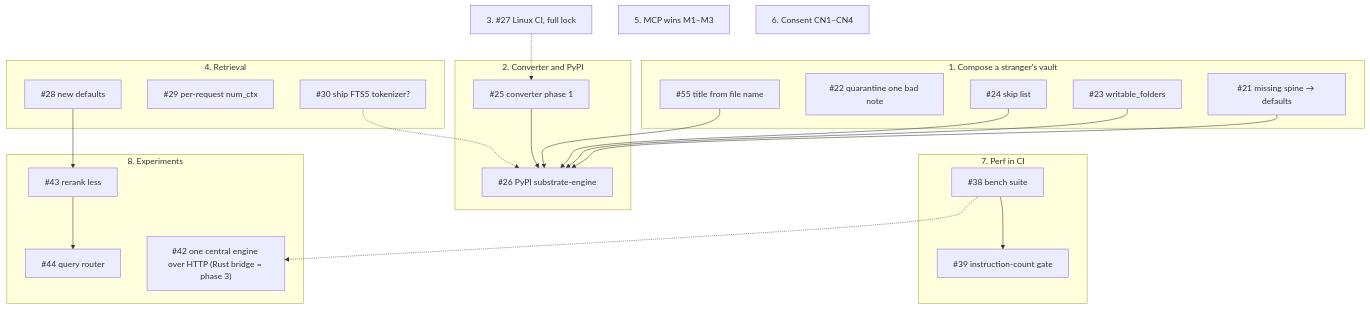
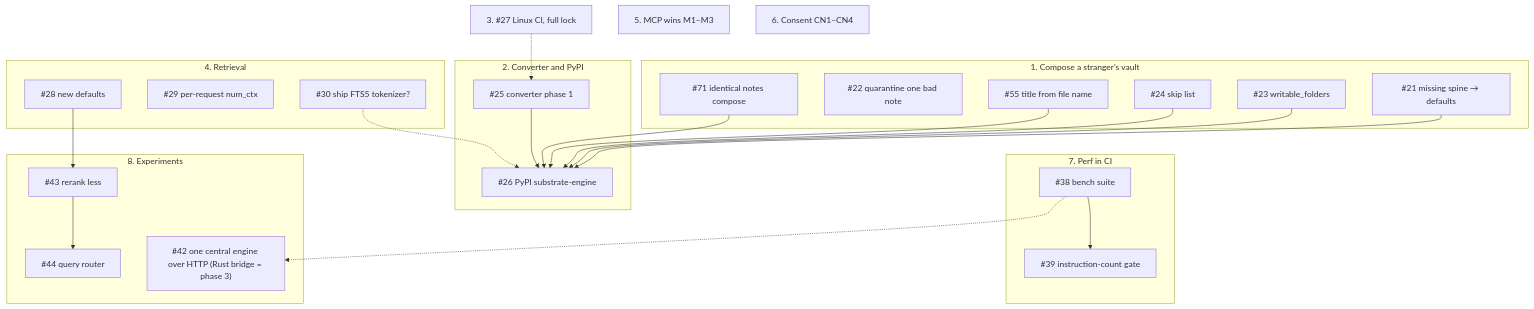
One commit to Ronan-Wood/substrate changed the diagram in ROADMAP.md. Above: the diagram before and after it, drawn with Mermaid. The commit also changed other lines of this file and 29 other files, not shown here.

````diff
--- a/ROADMAP.md
+++ b/ROADMAP.md
@@ -44,38 +44,40 @@
 ```mermaid
 flowchart TD
     subgraph pip["1. Compose a stranger's vault"]
         PB1["#21 missing spine → defaults"]
         PB2["#22 quarantine one bad note"]
         PB3["#23 writable_folders"]
         PB4["#24 skip list"]
         PB5["#55 title from file name"]
+        PB8["#71 identical notes compose"]
     end
     subgraph pkg["2. Converter and PyPI"]
         CV1["#25 converter phase 1"]
         CV2["#26 PyPI substrate-engine"]
     end
     L1["3. #27 Linux CI, full lock"]
     subgraph ret["4. Retrieval"]
         R3["#28 new defaults"]
         R4["#29 per-request num_ctx"]
         R2["#30 ship FTS5 tokenizer?"]
     end
     M["5. MCP wins M1–M3"]
     CN["6. Consent CN1–CN4"]
     subgraph perf["7. Perf in CI"]
         P1["#38 bench suite"] --> P2["#39 instruction-count gate"]
     end
     subgraph exp["8. Experiments"]
         E4["#43 rerank less"] --> E5["#44 query router"]
         E9["#42 one central engine over HTTP (Rust bridge = phase 3)"]
     end
     PB1 --> CV2
     PB3 --> CV2
     PB4 --> CV2
     PB5 --> CV2
+    PB8 --> CV2
     CV1 --> CV2
     L1 -.-> CV1
     R2 -.-> CV2
     R3 --> E4
     P1 -.-> E9
 ```
````
